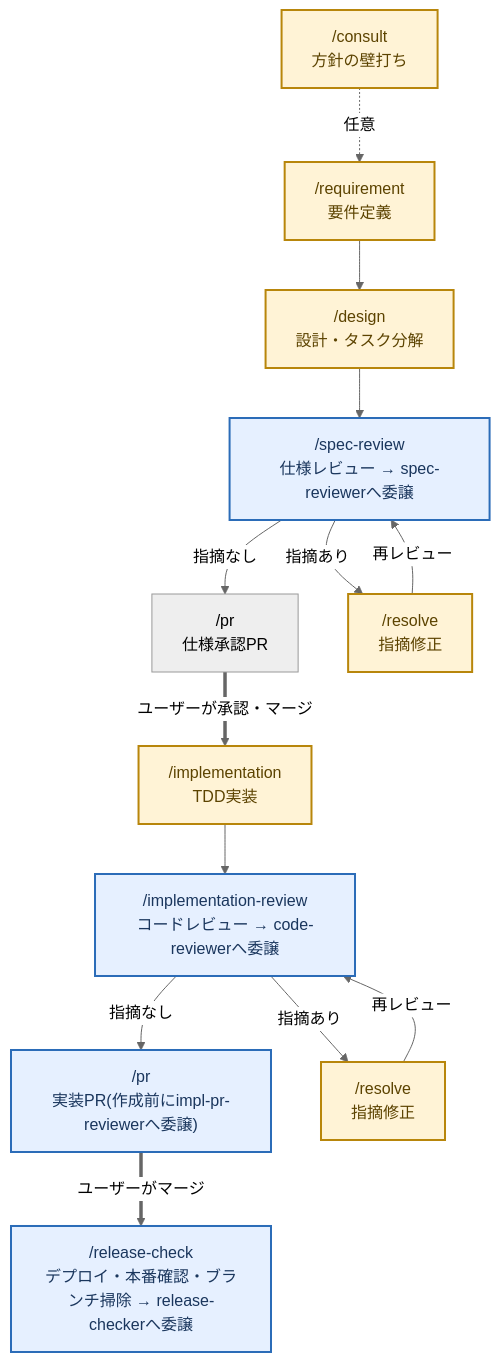
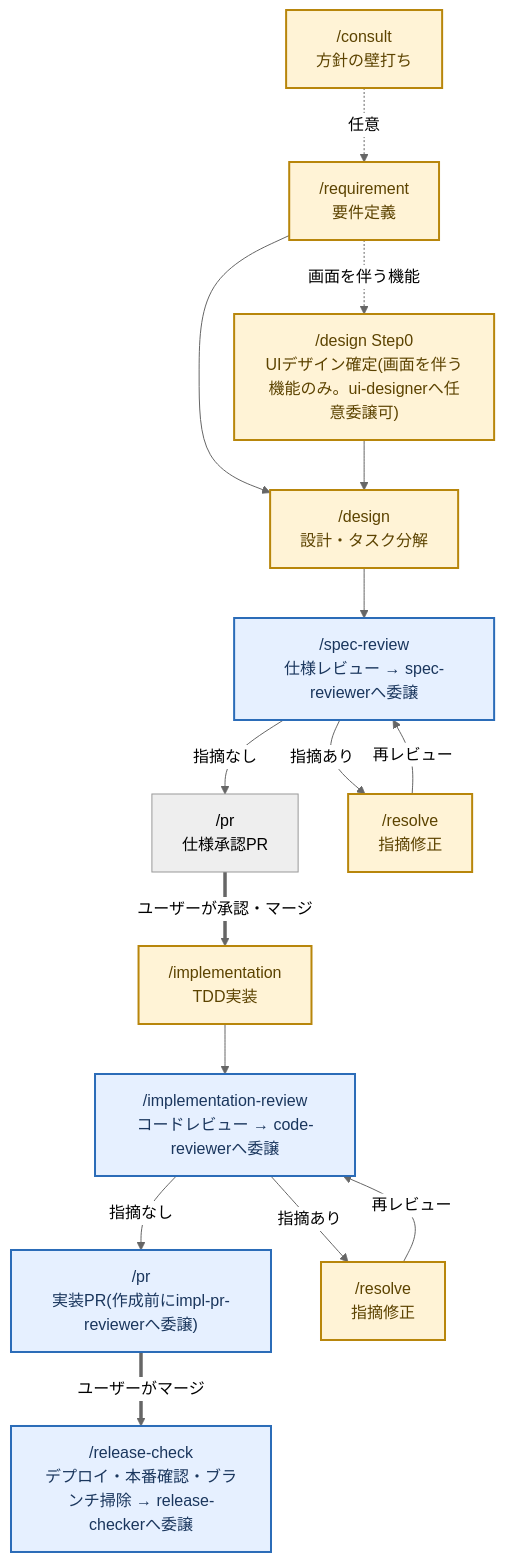
One commit to zakiyama0108/benriyatool changed the third of 4 diagrams in .claude/skills/README.md. Above: the diagram before and after it, drawn with Mermaid (neutral theme). The commit also changed other lines of this file and 4 other files, not shown here.

````diff
--- a/.claude/skills/README.md
+++ b/.claude/skills/README.md
@@ -191,32 +191,35 @@
 ```mermaid
 flowchart TD
     consult["/consult<br>方針の壁打ち"]
     requirement["/requirement<br>要件定義"]
+    uidesign["/design Step0<br>UIデザイン確定(画面を伴う機能のみ。ui-designerへ任意委譲可)"]
     design["/design<br>設計・タスク分解"]
     specreview["/spec-review<br>仕様レビュー → spec-reviewerへ委譲"]
     prspec["/pr<br>仕様承認PR"]
     implementation["/implementation<br>TDD実装"]
     implreview["/implementation-review<br>コードレビュー → code-reviewerへ委譲"]
     primpl["/pr<br>実装PR(作成前にimpl-pr-reviewerへ委譲)"]
     release["/release-check<br>デプロイ・本番確認・ブランチ掃除 → release-checkerへ委譲"]
     resolve1["/resolve<br>指摘修正"]
     resolve2["/resolve<br>指摘修正"]
 
     consult -.任意.-> requirement
+    requirement -.画面を伴う機能.-> uidesign
     requirement --> design
+    uidesign --> design
     design --> specreview
     specreview -->|指摘あり| resolve1
     resolve1 -->|再レビュー| specreview
     specreview -->|指摘なし| prspec
     prspec ==>|ユーザーが承認・マージ| implementation
     implementation --> implreview
     implreview -->|指摘あり| resolve2
     resolve2 -->|再レビュー| implreview
     implreview -->|指摘なし| primpl
     primpl ==>|ユーザーがマージ| release
 
     classDef dialogue fill:#fff3d6,stroke:#b8860b,stroke-width:2px,color:#5c4300;
     classDef agent fill:#e6f0ff,stroke:#2b6cb8,stroke-width:2px,color:#1a365d;
-    class consult,requirement,design,resolve1,resolve2,implementation dialogue;
+    class consult,requirement,uidesign,design,resolve1,resolve2,implementation dialogue;
     class specreview,implreview,primpl,release agent;
 ```
````
